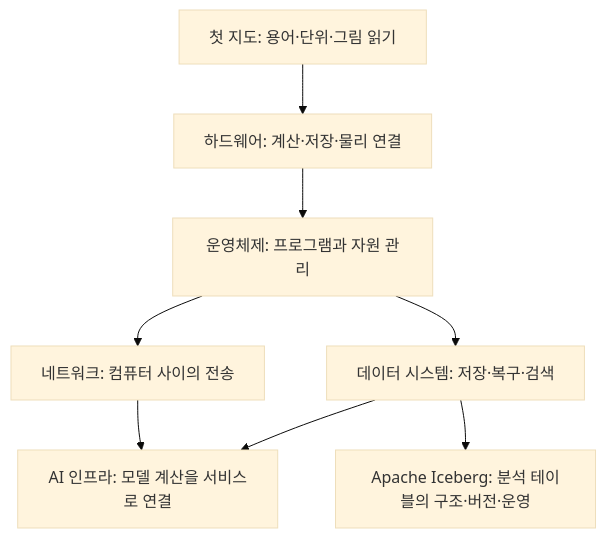
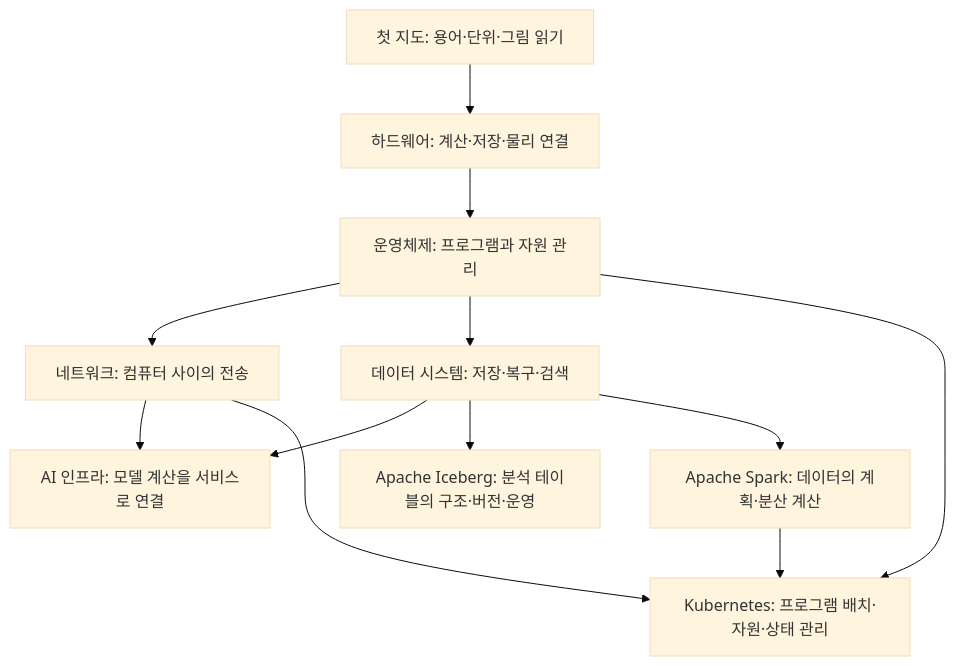
The diagram in learning/README.md (mj006648/netai-devsecops-runbook), drawn with Mermaid (base theme) before and after one commit. The commit also changed other lines of this file and 63 other files, not shown here.

Commit message:
docs: Spark·Kubernetes 교재 추가

````diff
--- a/learning/README.md
+++ b/learning/README.md
@@ -26,10 +28,14 @@
 ```mermaid
 flowchart TD
     Start["첫 지도: 용어·단위·그림 읽기"] --> Hardware["하드웨어: 계산·저장·물리 연결"]
     Hardware --> OS["운영체제: 프로그램과 자원 관리"]
     OS --> Network["네트워크: 컴퓨터 사이의 전송"]
     OS --> Data["데이터 시스템: 저장·복구·검색"]
     Network --> AI["AI 인프라: 모델 계산을 서비스로 연결"]
     Data --> AI
     Data --> Iceberg["Apache Iceberg: 분석 테이블의 구조·버전·운영"]
+    Data --> Spark["Apache Spark: 데이터의 계획·분산 계산"]
+    OS --> K8s["Kubernetes: 프로그램 배치·자원·상태 관리"]
+    Network --> K8s
+    Spark --> K8s
 ```
````
